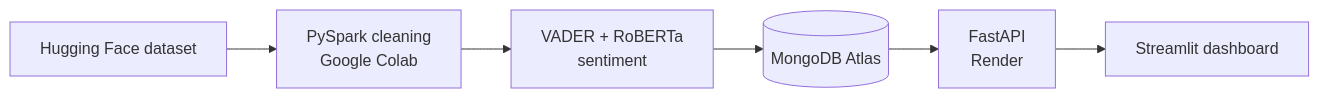
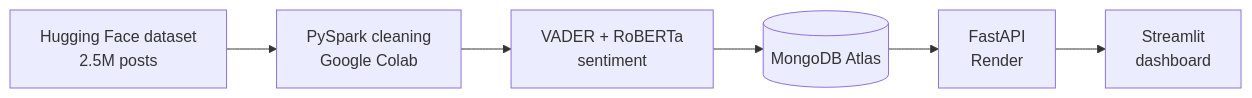
One commit to Kanishag/bigdata-sentiment-cloud. changed the diagram in README.md. Above: the diagram before and after it, drawn with Mermaid. The commit also changed other lines of this file, not shown here.

````diff
--- a/README.md
+++ b/README.md
@@ -73,8 +52,8 @@
 ```mermaid
 flowchart LR
-    A[Hugging Face dataset] --> B[PySpark cleaning<br/>Google Colab]
+    A[Hugging Face dataset<br/>2.5M posts] --> B[PySpark cleaning<br/>Google Colab]
     B --> C[VADER + RoBERTa<br/>sentiment]
     C --> D[(MongoDB Atlas)]
     D --> E[FastAPI<br/>Render]
-    E --> F[Streamlit dashboard]
+    E --> F[Streamlit<br/>dashboard]
 ```
````
